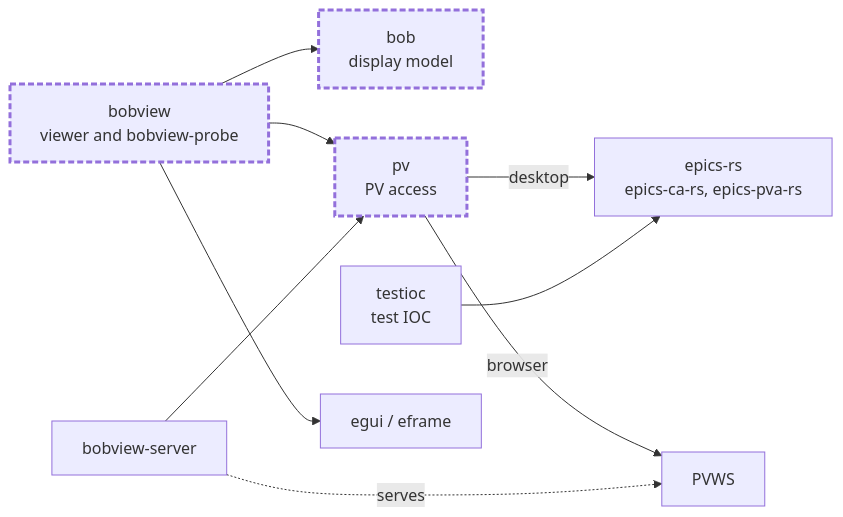
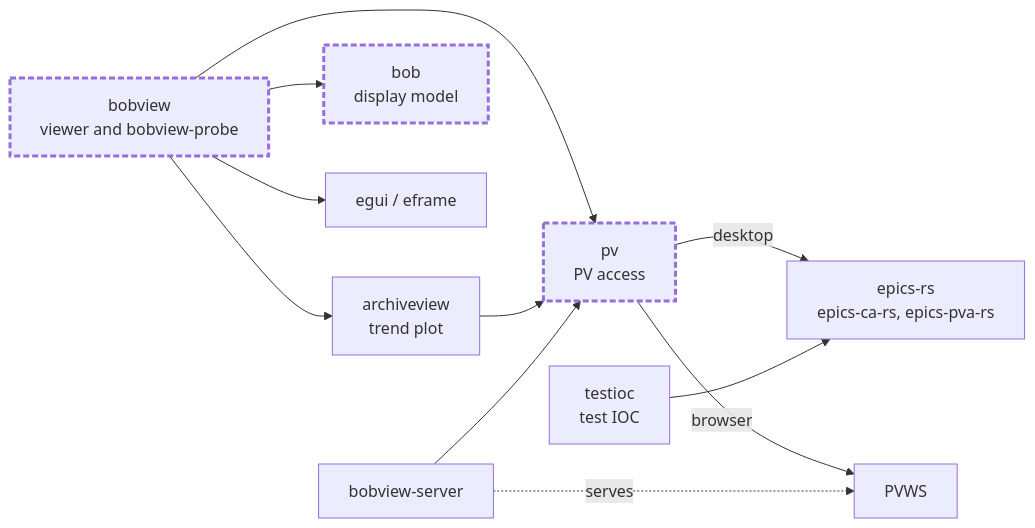
Before and after one commit to gilesknap/bobview: the first of 2 diagrams in docs/src/explanations/architecture.md, drawn with Mermaid. The commit also changed other lines of this file and 11 other files, not shown here.

````diff
--- a/docs/src/explanations/architecture.md
+++ b/docs/src/explanations/architecture.md
@@ -8,23 +8,26 @@
 ```mermaid
 graph LR
     bobview["bobview<br/>viewer and bobview-probe"]
     server["bobview-server"]
     bob["bob<br/>display model"]
     pv["pv<br/>PV access"]
     testioc["testioc<br/>test IOC"]
     egui["egui / eframe"]
+    archiveview["archiveview<br/>trend plot"]
     epics["epics-rs<br/>epics-ca-rs, epics-pva-rs"]
     pvws["PVWS"]
 
     bobview --> bob
     bobview --> pv
     bobview --> egui
+    bobview --> archiveview
+    archiveview --> pv
     server --> pv
     pv -- desktop --> epics
     pv -- browser --> pvws
     server -. serves .-> pvws
     testioc --> epics
 
     classDef wasm stroke-width:3px,stroke-dasharray:6 3
     class bobview,bob,pv wasm
 ```
````
